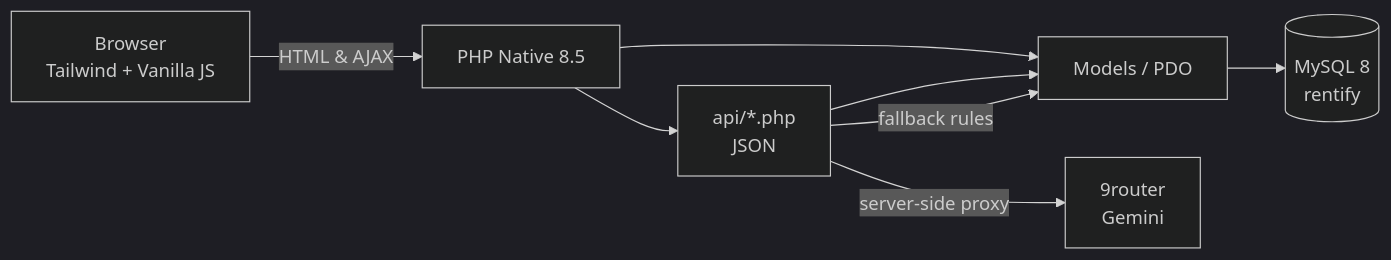
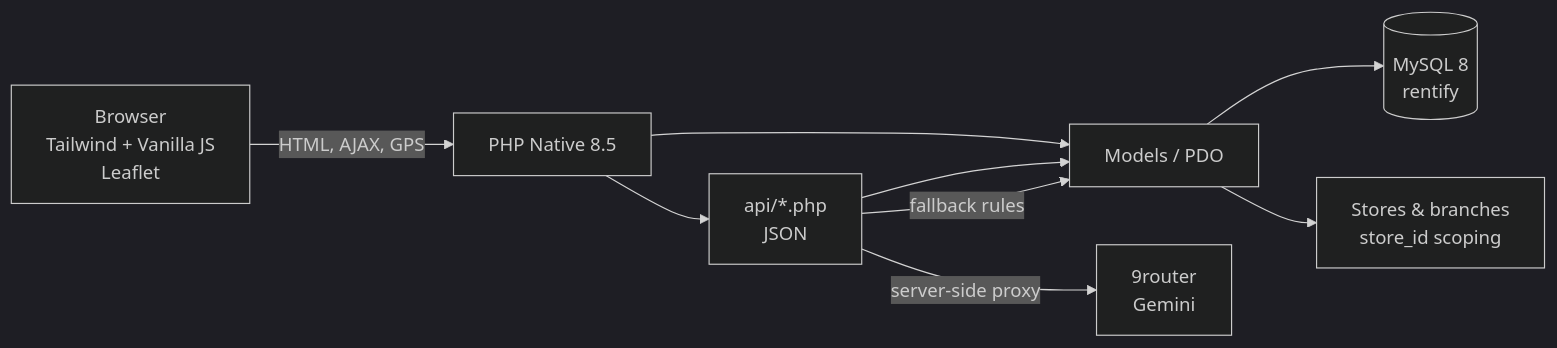
Before and after one commit to anurr23/rentify: the diagram in README.md, drawn with Mermaid (dark theme). The commit also changed other lines of this file and 72 other files, not shown here.

````diff
--- a/README.md
+++ b/README.md
@@ -138,10 +170,11 @@
 ```mermaid
 flowchart LR
-    A["Browser<br/>Tailwind + Vanilla JS"] -->|HTML & AJAX| B["PHP Native 8.5"]
+    A["Browser<br/>Tailwind + Vanilla JS<br/>Leaflet"] -->|HTML, AJAX, GPS| B["PHP Native 8.5"]
     B --> C["Models / PDO"]
     C --> D[("MySQL 8<br/>rentify")]
+    C --> G["Stores & branches<br/>store_id scoping"]
     B --> E["api/*.php<br/>JSON"]
     E --> C
     E -->|server-side proxy| F["9router<br/>Gemini"]
     E -->|fallback rules| C
 ```
````
